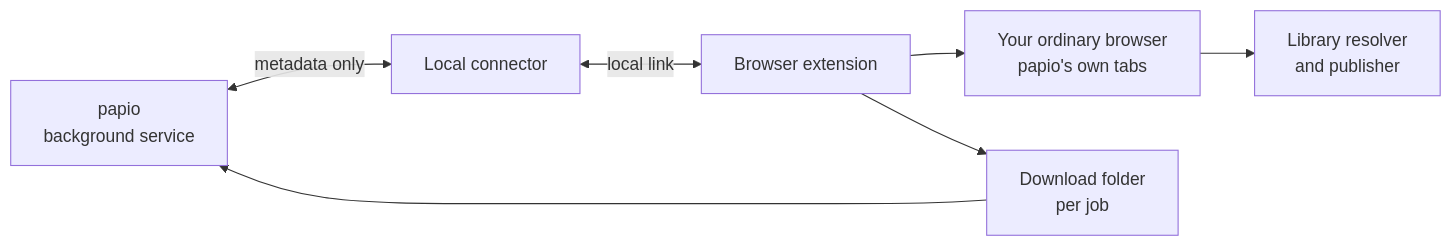
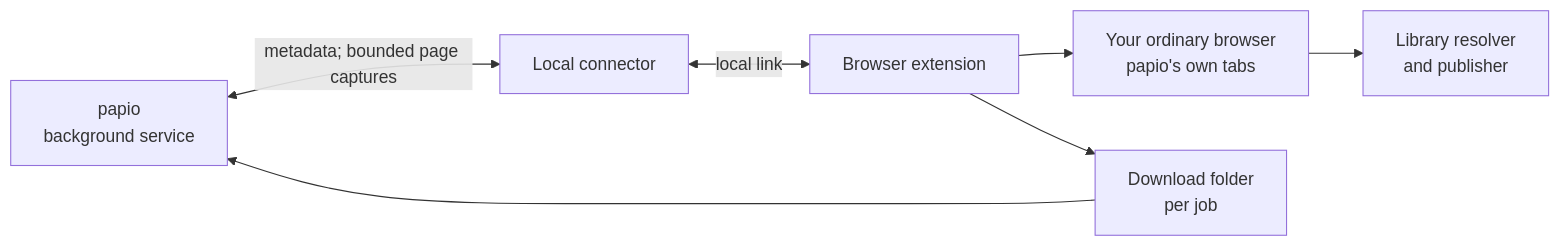
One commit to OrgMentem/papio changed the diagram in docs/concepts/browser-handoff.md. Above: the diagram before and after it, drawn with Mermaid. The commit also changed other lines of this file and 4 other files, not shown here.

````diff
--- a/docs/concepts/browser-handoff.md
+++ b/docs/concepts/browser-handoff.md
@@ -23,9 +23,9 @@
 ```mermaid
 flowchart LR
-    D["papio<br/>background service"] <-->|"metadata only"| H[Local connector]
+    D["papio<br/>background service"] <-->|"metadata; bounded page captures"| H[Local connector]
     H <-->|local link| E[Browser extension]
     E --> B["Your ordinary browser<br/>papio's own tabs"]
     B --> I["Library resolver<br/>and publisher"]
     E --> A["Download folder<br/>per job"]
     A --> D
 ```
````
